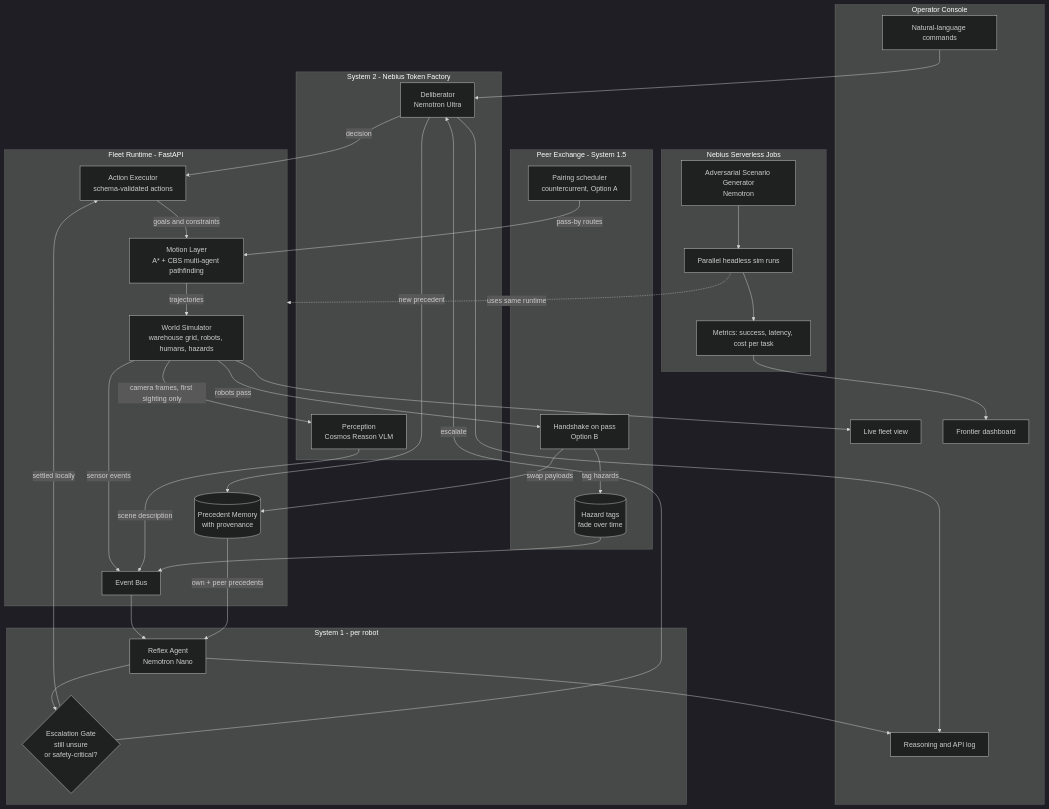
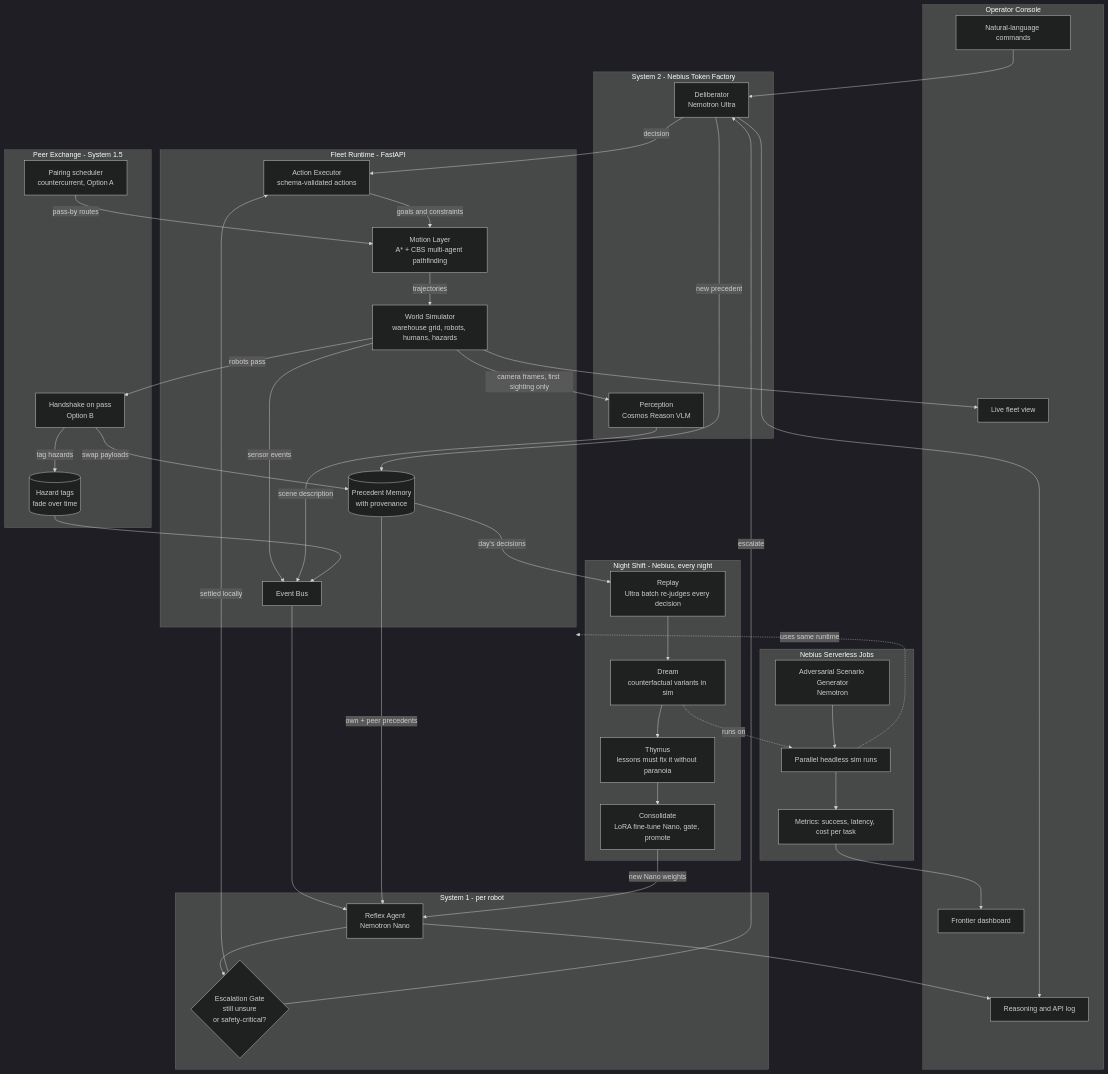
The first of 8 diagrams in docs/ARCHITECTURE.md (gretchenboria/NemoFleet), drawn with Mermaid (dark theme) before and after one commit. The commit also changed other lines of this file and 3 other files, not shown here.

First line of the commit message:
Add warm-core framing and Night Shift to the architecture

````diff
--- a/docs/ARCHITECTURE.md
+++ b/docs/ARCHITECTURE.md
@@ -23,64 +26,75 @@
 ```mermaid
 flowchart TB
     subgraph UI["Operator Console"]
         CMD["Natural-language commands"]
         VIEW["Live fleet view"]
         LOG["Reasoning and API log"]
         FRONT["Frontier dashboard"]
     end
 
     subgraph CORE["Fleet Runtime - FastAPI"]
         SIM["World Simulator<br/>warehouse grid, robots, humans, hazards"]
         EVT["Event Bus"]
         MOTION["Motion Layer<br/>A* + CBS multi-agent pathfinding"]
         EXEC["Action Executor<br/>schema-validated actions"]
         MEM[("Precedent Memory<br/>with provenance")]
     end
 
     subgraph PEER["Peer Exchange - System 1.5"]
         HAND["Handshake on pass<br/>Option B"]
         TAGS[("Hazard tags<br/>fade over time")]
         PAIR["Pairing scheduler<br/>countercurrent, Option A"]
     end
 
     subgraph EDGE["System 1 - per robot"]
         NANO["Reflex Agent<br/>Nemotron Nano"]
         GATE{"Escalation Gate<br/>still unsure<br/>or safety-critical?"}
     end
 
     subgraph CLOUD["System 2 - Nebius Token Factory"]
         ULTRA["Deliberator<br/>Nemotron Ultra"]
         COSMOS["Perception<br/>Cosmos Reason VLM"]
     end
 
     subgraph BATCH["Nebius Serverless Jobs"]
         GEN["Adversarial Scenario Generator<br/>Nemotron"]
         RUN["Parallel headless sim runs"]
         AGG["Metrics: success, latency, cost per task"]
     end
 
+    subgraph NIGHT["Night Shift - Nebius, every night"]
+        REPLAY["Replay<br/>Ultra batch re-judges every decision"]
+        DREAM["Dream<br/>counterfactual variants in sim"]
+        THYMUS["Thymus<br/>lessons must fix it without paranoia"]
+        DIST["Consolidate<br/>LoRA fine-tune Nano, gate, promote"]
+    end
+
     CMD --> ULTRA
     SIM -- sensor events --> EVT
     SIM -- camera frames, first sighting only --> COSMOS
     COSMOS -- scene description --> EVT
     SIM -- robots pass --> HAND
     HAND -- swap payloads --> MEM
     HAND -- tag hazards --> TAGS
     TAGS --> EVT
     EVT --> NANO
     MEM -- own + peer precedents --> NANO
     NANO --> GATE
     GATE -- settled locally --> EXEC
     GATE -- escalate --> ULTRA
     ULTRA -- decision --> EXEC
     ULTRA -- new precedent --> MEM
     PAIR -- pass-by routes --> MOTION
     EXEC -- goals and constraints --> MOTION
     MOTION -- trajectories --> SIM
     SIM --> VIEW
     NANO --> LOG
     ULTRA --> LOG
 
     GEN --> RUN --> AGG --> FRONT
+    MEM -- day's decisions --> REPLAY
+    REPLAY --> DREAM --> THYMUS --> DIST
+    DIST -- new Nano weights --> NANO
+    DREAM -. runs on .-> RUN
     RUN -. uses same runtime .-> CORE
 ```
````
